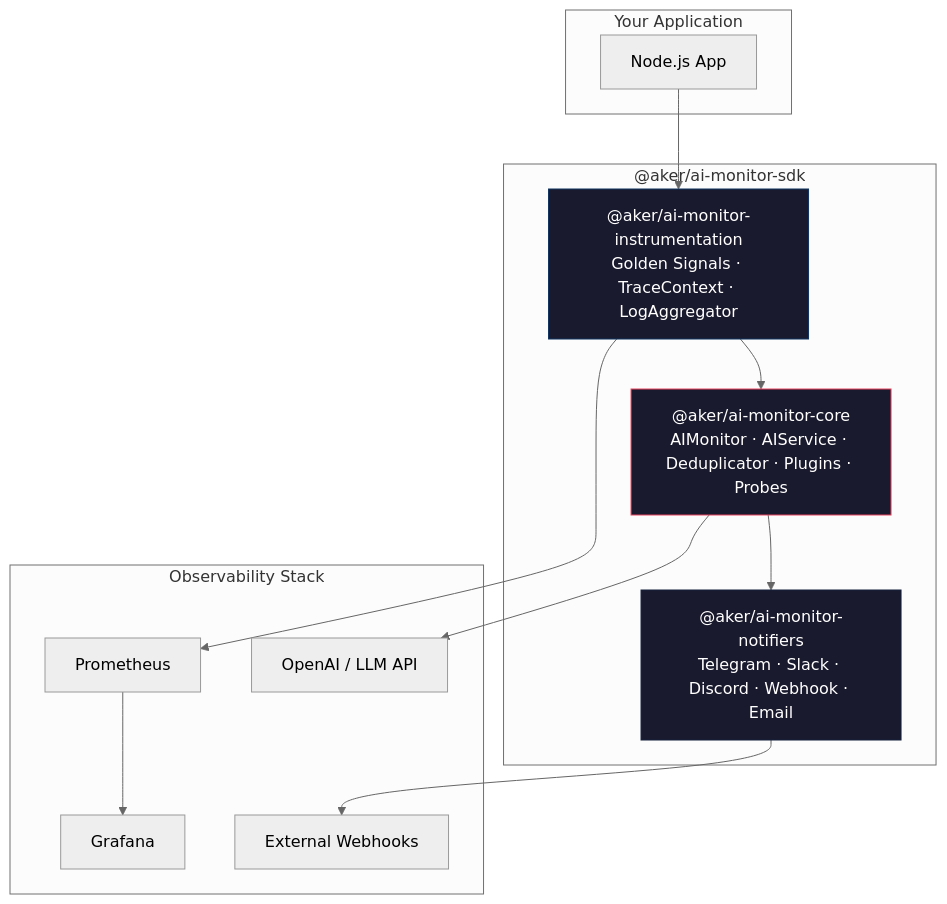
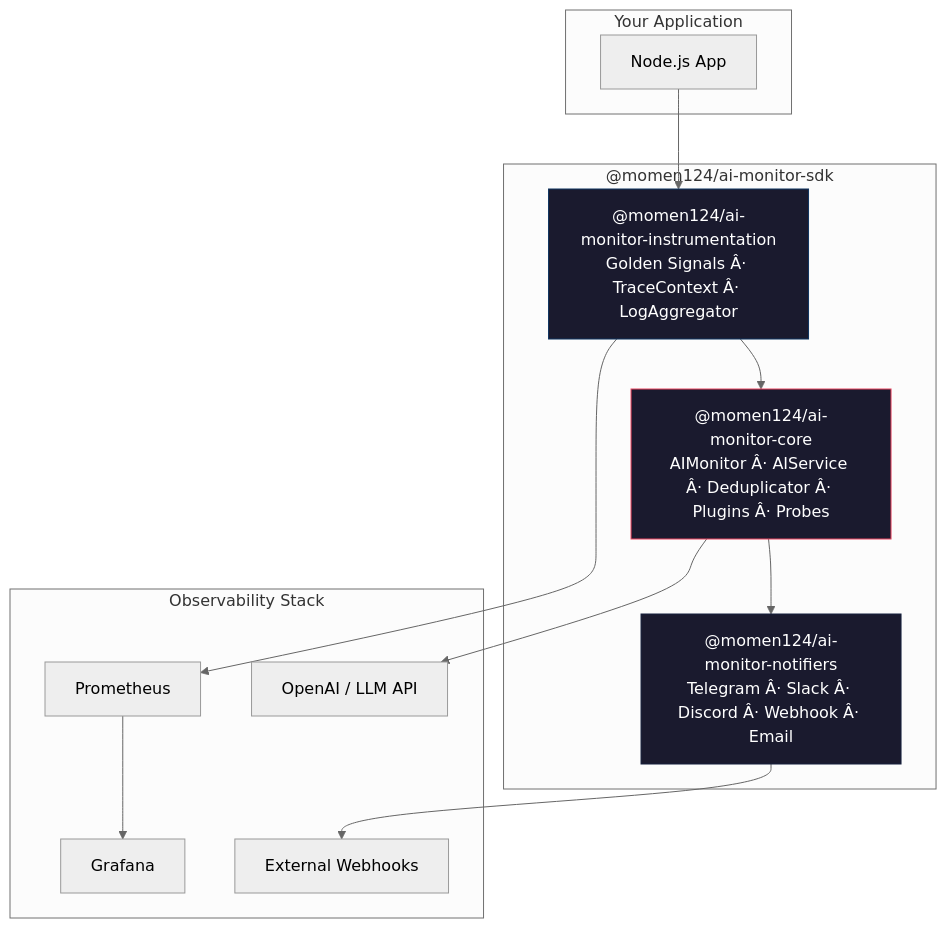
One commit to egysaas25-hub/ai-monitor-sdk changed the diagram in README.md. Above: the diagram before and after it, drawn with Mermaid (neutral theme). The commit also changed other lines of this file and 63 other files, not shown here.

````diff
--- a/README.md
+++ b/README.md
@@ -12,31 +12,31 @@
 ```mermaid
 graph TB
     subgraph "Your Application"
         APP[Node.js App]
     end
 
-    subgraph "@aker/ai-monitor-sdk"
-        CORE["@aker/ai-monitor-core<br/>AIMonitor · AIService · Deduplicator · Plugins · Probes"]
-        INST["@aker/ai-monitor-instrumentation<br/>Golden Signals · TraceContext · LogAggregator"]
-        NOTIF["@aker/ai-monitor-notifiers<br/>Telegram · Slack · Discord · Webhook · Email"]
+    subgraph "@momen124/ai-monitor-sdk"
+        CORE["@momen124/ai-monitor-core<br/>AIMonitor Â· AIService Â· Deduplicator Â· Plugins Â· Probes"]
+        INST["@momen124/ai-monitor-instrumentation<br/>Golden Signals Â· TraceContext Â· LogAggregator"]
+        NOTIF["@momen124/ai-monitor-notifiers<br/>Telegram Â· Slack Â· Discord Â· Webhook Â· Email"]
     end
 
     subgraph "Observability Stack"
         PROM[Prometheus]
         GRAF[Grafana]
         AI[OpenAI / LLM API]
         WEBHOOK[External Webhooks]
     end
 
     APP --> INST
     INST --> CORE
     CORE --> NOTIF
     CORE --> AI
     NOTIF --> WEBHOOK
     INST --> PROM
     PROM --> GRAF
 
     style CORE fill:#1a1a2e,stroke:#e94560,color:#fff
     style INST fill:#1a1a2e,stroke:#0f3460,color:#fff
     style NOTIF fill:#1a1a2e,stroke:#16213e,color:#fff
 ```
````
